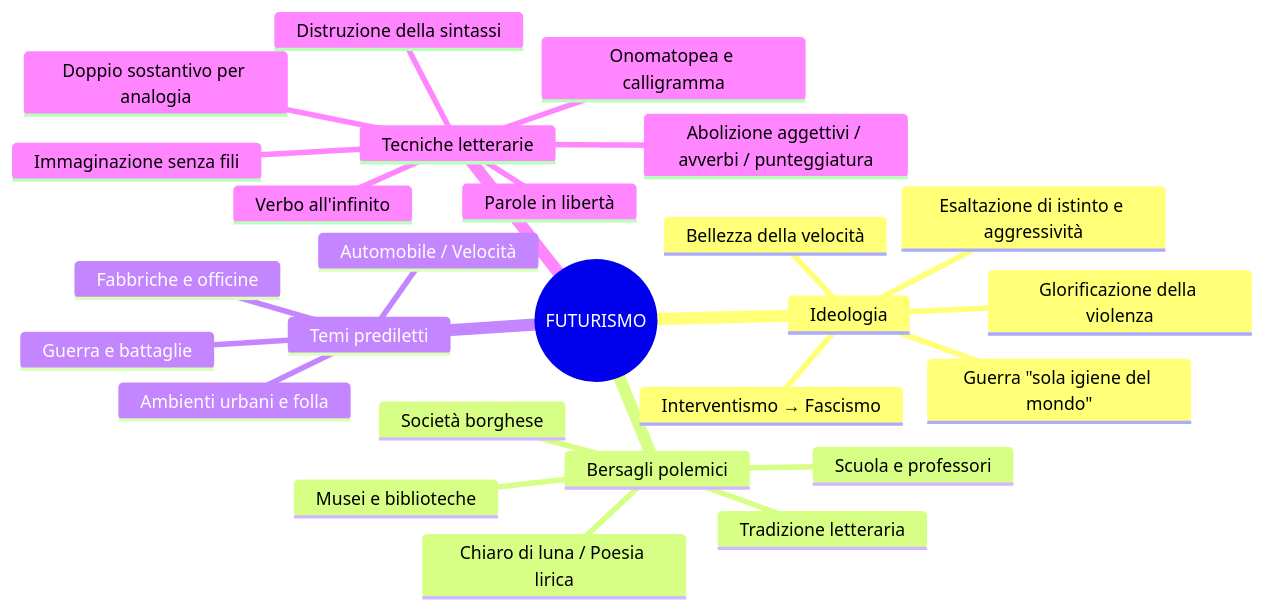
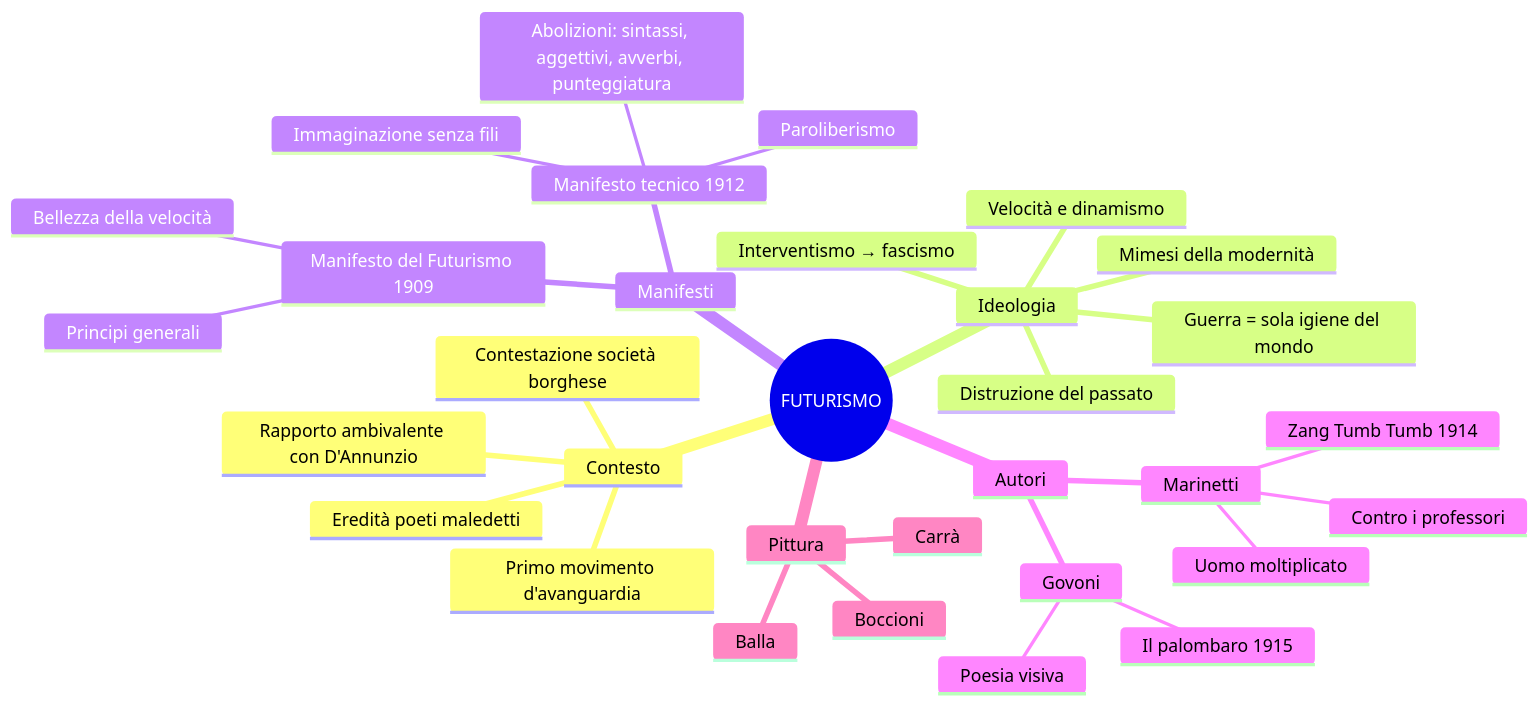
One commit to riccardo-algorime/appunti-5Bsa changed the diagram in italiano/futurismo/riassunto.md. Above: the diagram before and after it, drawn with Mermaid. The commit also changed other lines of this file and 23 other files, not shown here.

````diff
--- a/italiano/futurismo/riassunto.md
+++ b/italiano/futurismo/riassunto.md
@@ -50,29 +96,35 @@
 ```mermaid
 mindmap
   root((FUTURISMO))
+    Contesto
+      Primo movimento d'avanguardia
+      Contestazione società borghese
+      Eredità poeti maledetti
+      Rapporto ambivalente con D'Annunzio
     Ideologia
-      Guerra "sola igiene del mondo"
-      Glorificazione della violenza
-      Esaltazione di istinto e aggressività
-      Bellezza della velocità
-      Interventismo → Fascismo
-    Bersagli polemici
-      Società borghese
-      Musei e biblioteche
-      Tradizione letteraria
-      Scuola e professori
-      Chiaro di luna / Poesia lirica
-    Temi prediletti
-      Automobile / Velocità
-      Ambienti urbani e folla
-      Fabbriche e officine
-      Guerra e battaglie
-    Tecniche letterarie
-      Parole in libertà
-      Distruzione della sintassi
-      Verbo all'infinito
-      Abolizione aggettivi / avverbi / punteggiatura
-      Doppio sostantivo per analogia
-      Immaginazione senza fili
-      Onomatopea e calligramma
+      Distruzione del passato
+      Mimesi della modernità
+      Velocità e dinamismo
+      Guerra = sola igiene del mondo
+      Interventismo → fascismo
+    Manifesti
+      Manifesto del Futurismo 1909
+        Principi generali
+        Bellezza della velocità
+      Manifesto tecnico 1912
+        Paroliberismo
+        Immaginazione senza fili
+        Abolizioni: sintassi, aggettivi, avverbi, punteggiatura
+    Autori
+      Marinetti
+        Zang Tumb Tumb 1914
+        Contro i professori
+        Uomo moltiplicato
+      Govoni
+        Il palombaro 1915
+        Poesia visiva
+    Pittura
+      Boccioni
+      Carrà
+      Balla
 ```
````
